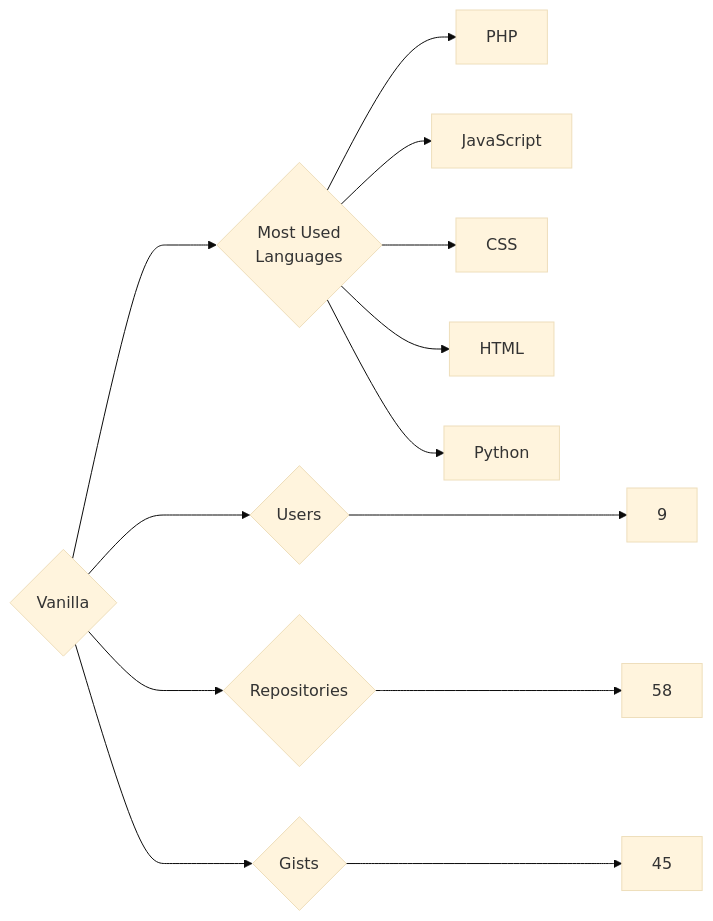
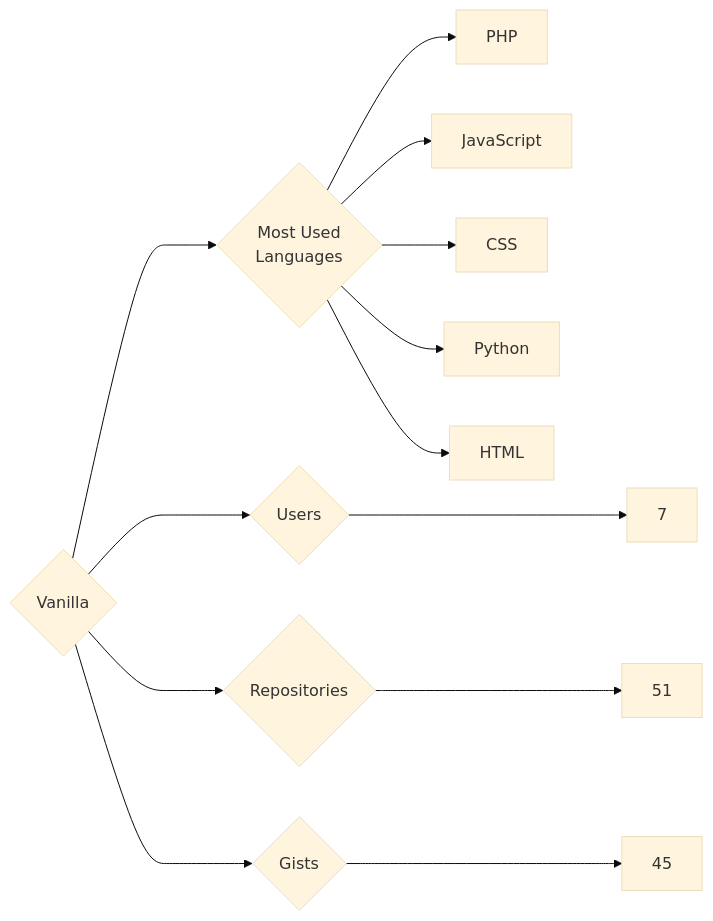
Before and after one commit to trickest/insiders: the diagram in targets/Vanilla/README.md, drawn with Mermaid (base theme). The commit also changed 770 other files, not shown here.

````diff
--- a/targets/Vanilla/README.md
+++ b/targets/Vanilla/README.md
@@ -3,13 +3,13 @@
 ```mermaid
 graph LR
 COMPANY_NAME{Vanilla}
-COMPANY_NAME ---> U{Users} ---> UN[9]
-COMPANY_NAME ---> R{Repositories} ---> RN[58]
+COMPANY_NAME ---> U{Users} ---> UN[7]
+COMPANY_NAME ---> R{Repositories} ---> RN[51]
 COMPANY_NAME ---> G{Gists} ---> GN[45]
 COMPANY_NAME ---> ML{Most Used<br>Languages}
 ML --> PHP[PHP]
 ML --> JavaScript[JavaScript]
 ML --> CSS[CSS]
+ML --> Python[Python]
 ML --> HTML[HTML]
-ML --> Python[Python]
 ```
````
